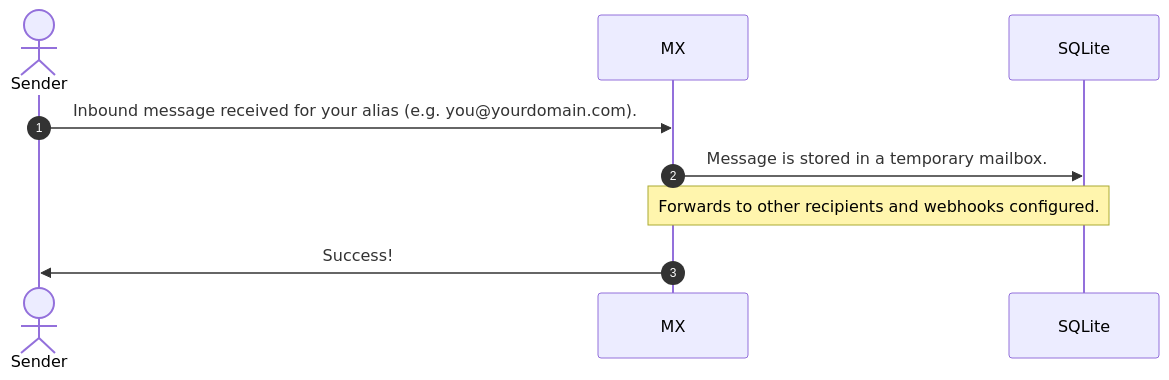
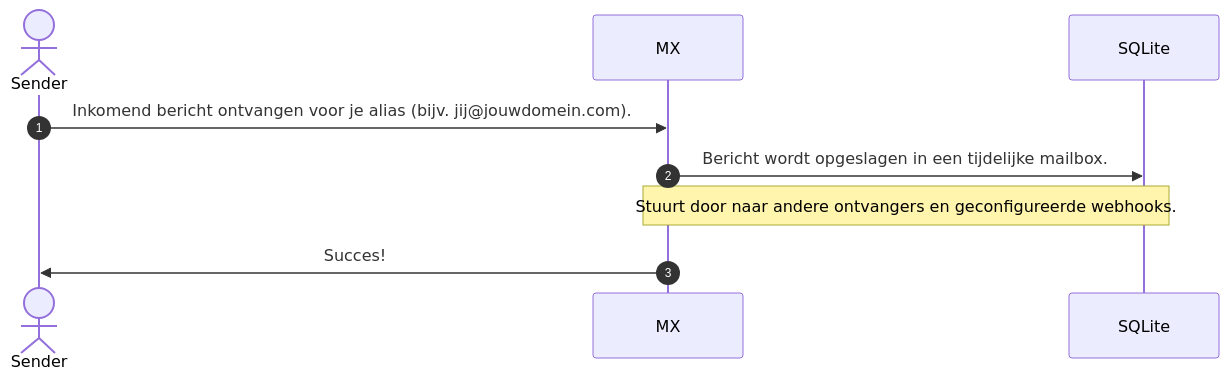
One commit to forwardemail/forwardemail.net changed the first of 2 diagrams in app/views/docs/best-quantum-safe-encrypted-email-service/index-nl.md. Above: the diagram before and after it, drawn with Mermaid. The commit also changed other lines of this file and 1055 other files, not shown here.

````diff
--- a/app/views/docs/best-quantum-safe-encrypted-email-service/index-nl.md
+++ b/app/views/docs/best-quantum-safe-encrypted-email-service/index-nl.md
@@ -66,9 +69,9 @@
      ```mermaid
      sequenceDiagram
          autonumber
          actor Sender
-         Sender->>MX: Inbound message received for your alias (e.g. you@yourdomain.com).
-         MX->>SQLite: Message is stored in a temporary mailbox.
-         Note over MX,SQLite: Forwards to other recipients and webhooks configured.
-         MX->>Sender: Success!
+         Sender->>MX: Inkomend bericht ontvangen voor je alias (bijv. jij@jouwdomein.com).
+         MX->>SQLite: Bericht wordt opgeslagen in een tijdelijke mailbox.
+         Note over MX,SQLite: Stuurt door naar andere ontvangers en geconfigureerde webhooks.
+         MX->>Sender: Succes!
      ```
````
